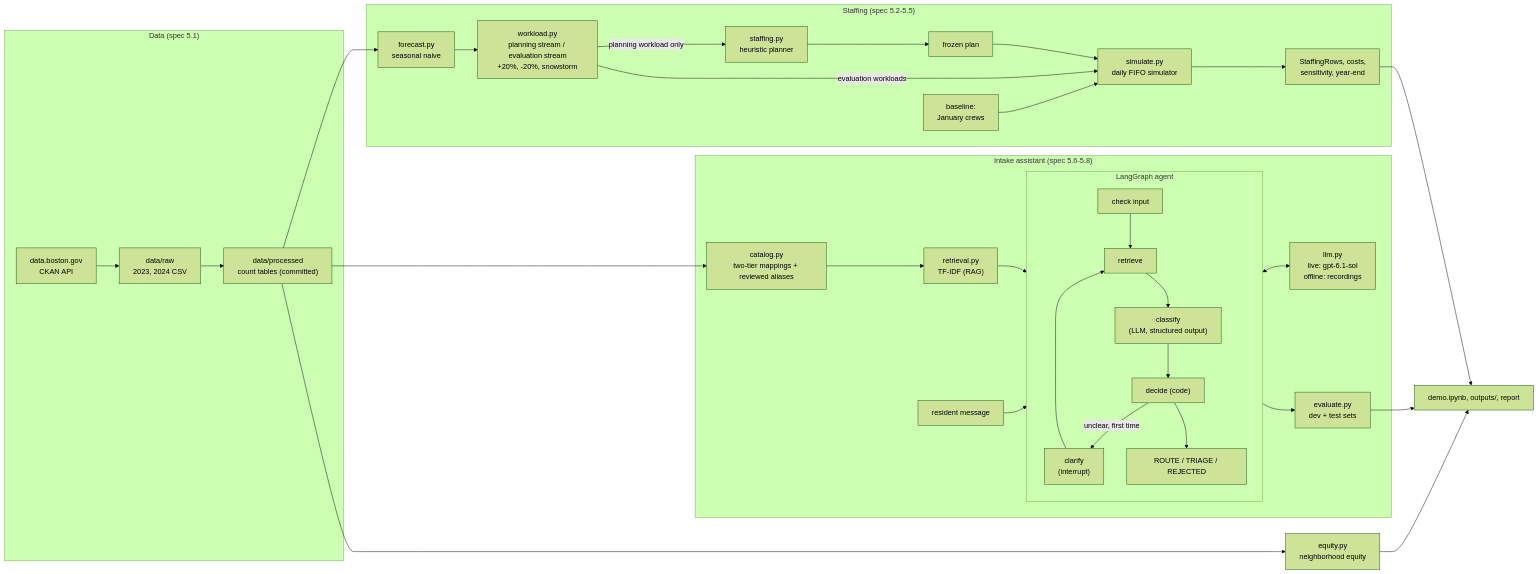
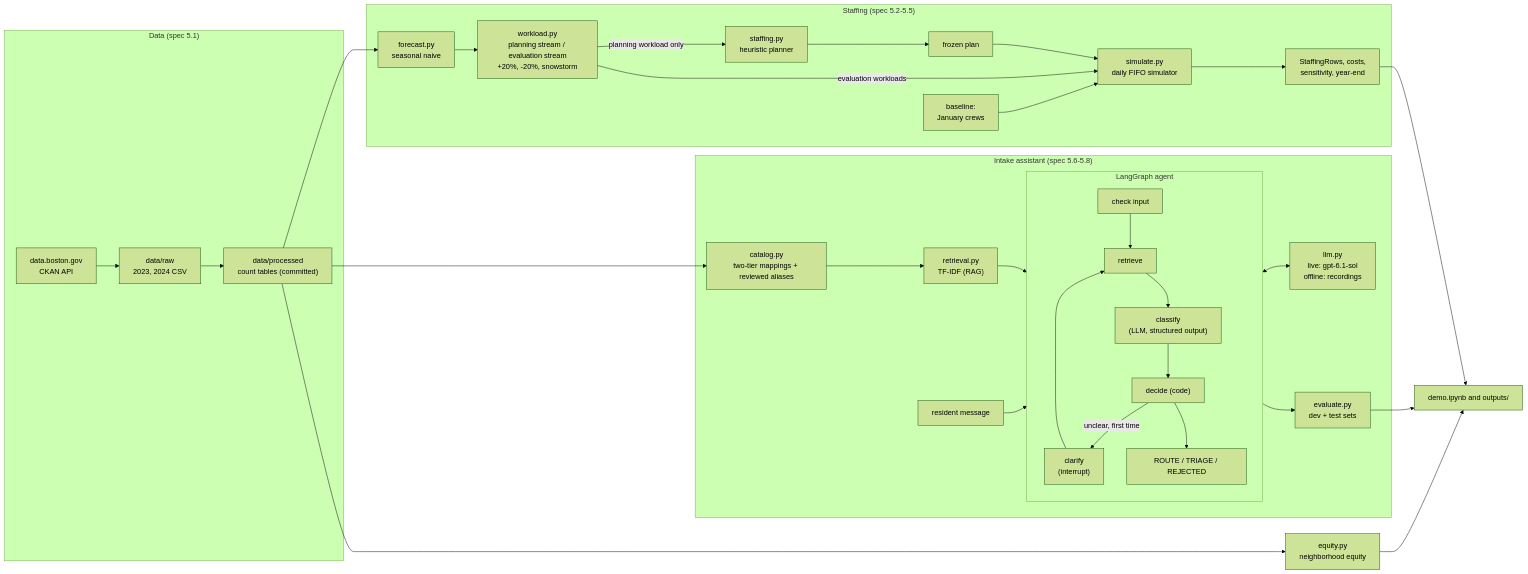
One commit to jwebbnova2026/DADS5250Group09 changed the diagram in README.md. Above: the diagram before and after it, drawn with Mermaid (forest theme). The commit also changed 8 other files, not shown here.

````diff
--- a/README.md
+++ b/README.md
@@ -91,34 +91,34 @@
 ```mermaid
 flowchart LR
     subgraph Data["Data (spec 5.1)"]
         API["data.boston.gov<br/>CKAN API"] --> RAW["data/raw<br/>2023, 2024 CSV"]
         RAW --> PROC["data/processed<br/>count tables (committed)"]
     end
     subgraph Plan["Staffing (spec 5.2-5.5)"]
         PROC --> FC["forecast.py<br/>seasonal naive"]
         FC --> WL["workload.py<br/>planning stream / evaluation stream<br/>+20%, -20%, snowstorm"]
         WL -- planning workload only --> PL["staffing.py<br/>heuristic planner"]
         PL --> FROZEN["frozen plan"]
         FROZEN --> SC["simulate.py<br/>daily FIFO simulator"]
         WL -- evaluation workloads --> SC
         BASE["baseline:<br/>January crews"] --> SC
         SC --> ROWS["StaffingRows, costs,<br/>sensitivity, year-end"]
     end
     subgraph Intake["Intake assistant (spec 5.6-5.8)"]
         PROC --> CAT["catalog.py<br/>two-tier mappings + reviewed aliases"]
         CAT --> RET["retrieval.py<br/>TF-IDF (RAG)"]
         MSG["resident message"] --> G
         subgraph G["LangGraph agent"]
             direction TB
             CI["check input"] --> R["retrieve"] --> CL["classify<br/>(LLM, structured output)"] --> D["decide (code)"]
             D -- unclear, first time --> Q["clarify<br/>(interrupt)"] --> R
             D --> OUT["ROUTE / TRIAGE / REJECTED"]
         end
         RET --> R
         CL <--> LLM["llm.py<br/>live: gpt-6.1-sol<br/>offline: recordings"]
         OUT --> EV["evaluate.py<br/>dev + test sets"]
     end
-    ROWS --> NB["demo.ipynb, outputs/, report"]
+    ROWS --> NB["demo.ipynb and outputs/"]
     EV --> NB
     PROC --> EQ["equity.py<br/>neighborhood equity"] --> NB
 ```
````
